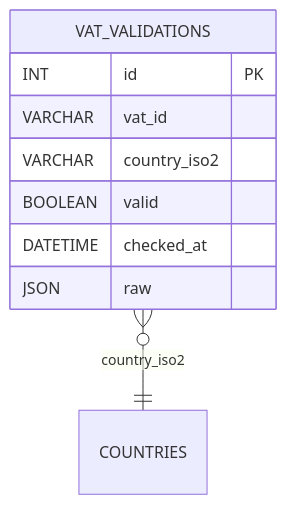
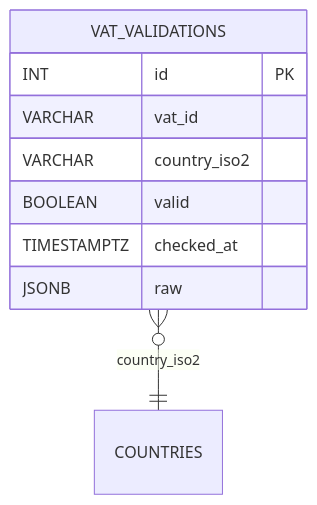
Before and after one commit to blackcatdatabase/table-vat-validations: the diagram in README.md, drawn with Mermaid. The commit also changed other lines of this file and 26 other files, not shown here.

First line of the commit message:
Regen schema (#1)

````diff
--- a/README.md
+++ b/README.md
@@ -52,12 +52,12 @@
 ```mermaid
 erDiagram
   VAT_VALIDATIONS {
     INT id PK
     VARCHAR vat_id
     VARCHAR country_iso2
     BOOLEAN valid
-    DATETIME checked_at
-    JSON raw
+    TIMESTAMPTZ checked_at
+    JSONB raw
   }
   VAT_VALIDATIONS }o--|| COUNTRIES : "country_iso2"
 ```
````
